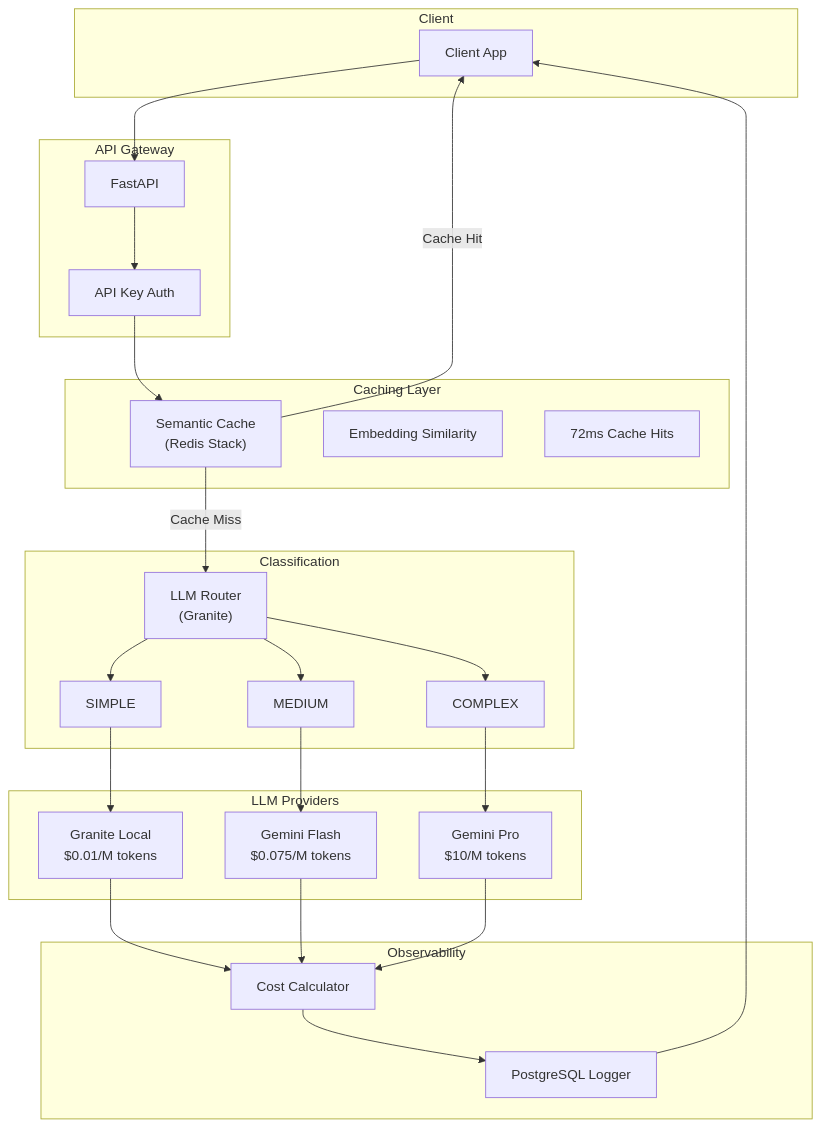
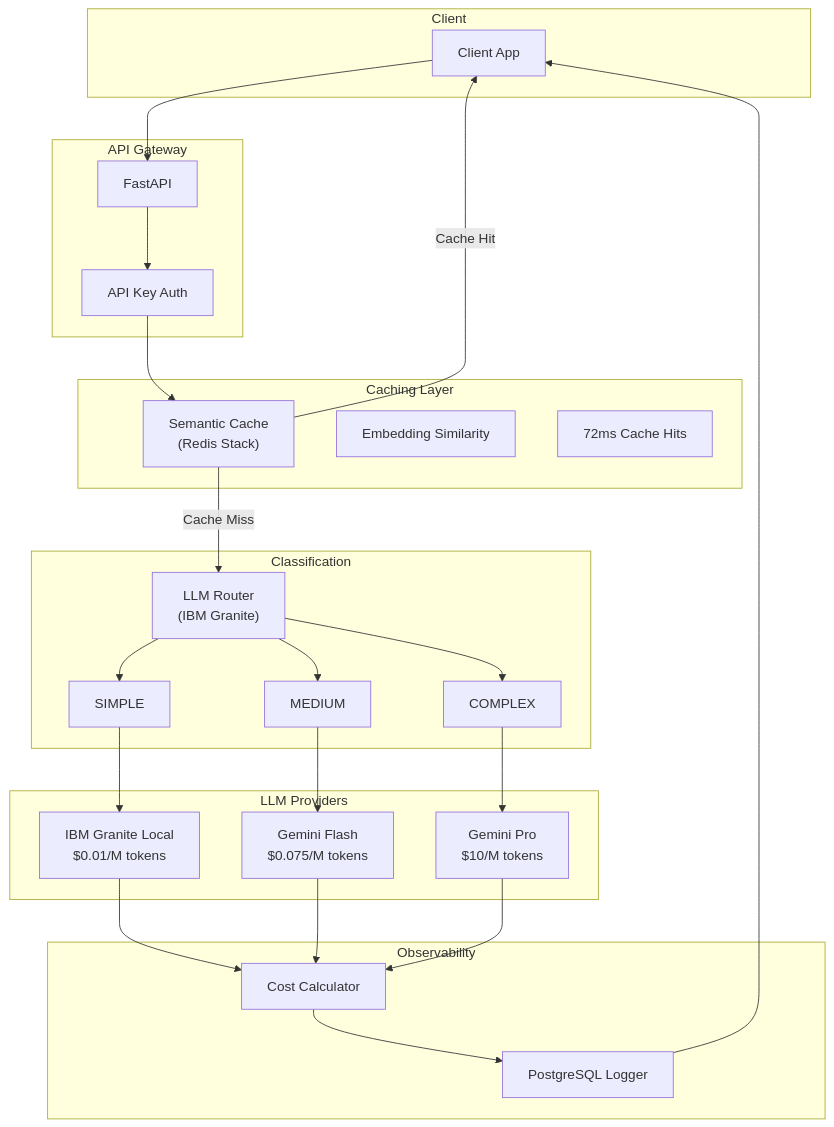
Before and after one commit to Asirwad/smart-llm-router: the second of 2 diagrams in README.md, drawn with Mermaid. The commit also changed other lines of this file, not shown here.

````diff
--- a/README.md
+++ b/README.md
@@ -65,48 +65,48 @@
 ```mermaid
 flowchart TB
     subgraph Client
         A[Client App]
     end
     
     subgraph Gateway["API Gateway"]
         B[FastAPI]
         C[API Key Auth]
     end
     
     subgraph Cache["Caching Layer"]
         D["Semantic Cache<br/>(Redis Stack)"]
         D1["Embedding Similarity"]
         D2["72ms Cache Hits"]
     end
     
     subgraph Router["Classification"]
-        E["LLM Router<br/>(Granite)"]
+        E["LLM Router<br/>(IBM Granite)"]
         E1["SIMPLE"]
         E2["MEDIUM"]
         E3["COMPLEX"]
     end
     
     subgraph Providers["LLM Providers"]
-        F["Granite Local<br/>$0.01/M tokens"]
+        F["IBM Granite Local<br/>$0.01/M tokens"]
         G["Gemini Flash<br/>$0.075/M tokens"]
         H["Gemini Pro<br/>$10/M tokens"]
     end
     
     subgraph Logging["Observability"]
         I["Cost Calculator"]
         J["PostgreSQL Logger"]
     end
     
     A --> B
     B --> C
     C --> D
     D -->|Cache Hit| A
     D -->|Cache Miss| E
     E --> E1 & E2 & E3
     E1 --> F
     E2 --> G
     E3 --> H
     F & G & H --> I
     I --> J
     J --> A
 ```
````
